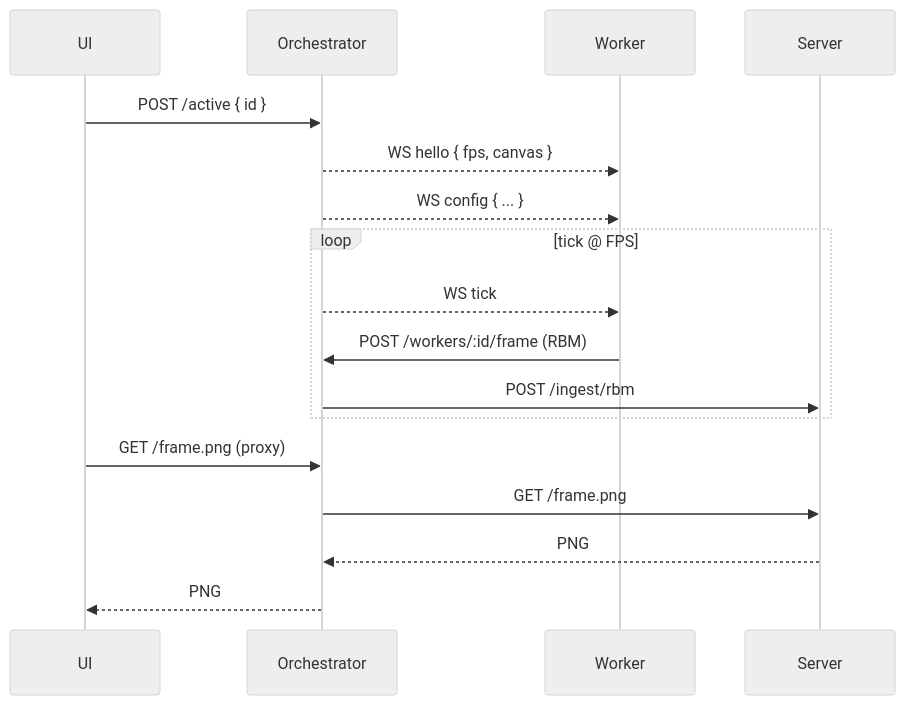
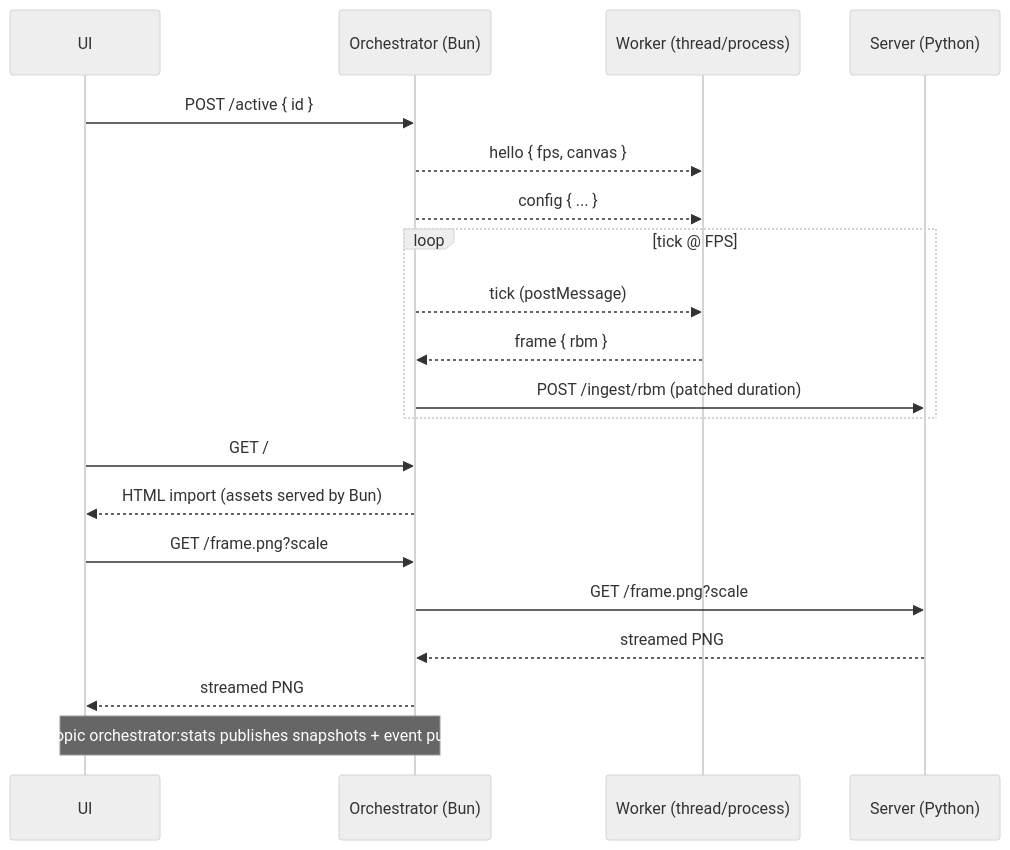
Before and after one commit to Garrettjson/flip-disc: the diagram in orchestrator/README.md, drawn with Mermaid (neutral theme). The commit also changed other lines of this file and 66 other files, not shown here.

````diff
--- a/orchestrator/README.md
+++ b/orchestrator/README.md
@@ -9,21 +10,25 @@
 ```mermaid
 sequenceDiagram
   participant UI
-  participant ORCH as Orchestrator
-  participant WRK as Worker
-  participant SRV as Server
+  participant ORCH as Orchestrator (Bun)
+  participant WRK as Worker (thread/process)
+  participant SRV as Server (Python)
 
   UI->>ORCH: POST /active { id }
-  ORCH-->>WRK: WS hello { fps, canvas }
-  ORCH-->>WRK: WS config { ... }
+  ORCH-->>WRK: hello { fps, canvas }
+  ORCH-->>WRK: config { ... }
   loop tick @ FPS
-    ORCH-->>WRK: WS tick
-    WRK->>ORCH: POST /workers/:id/frame (RBM)
-    ORCH->>SRV: POST /ingest/rbm
+    ORCH-->>WRK: tick (postMessage)
+    WRK-->>ORCH: frame { rbm }
+    ORCH->>SRV: POST /ingest/rbm (patched duration)
   end
 
-  UI->>ORCH: GET /frame.png (proxy)
-  ORCH->>SRV: GET /frame.png
-  SRV-->>ORCH: PNG
-  ORCH-->>UI: PNG
+  UI->>ORCH: GET /
+  ORCH-->>UI: HTML import (assets served by Bun)
+  UI->>ORCH: GET /frame.png?scale
+  ORCH->>SRV: GET /frame.png?scale
+  SRV-->>ORCH: streamed PNG
+  ORCH-->>UI: streamed PNG
+
+  Note over ORCH,UI: WS topic orchestrator:stats publishes snapshots + event pushes
 ```
````
